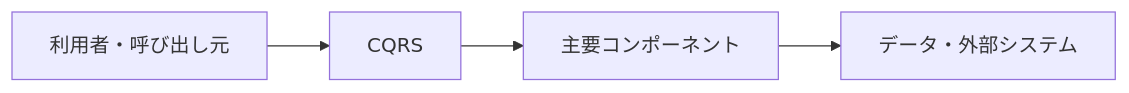
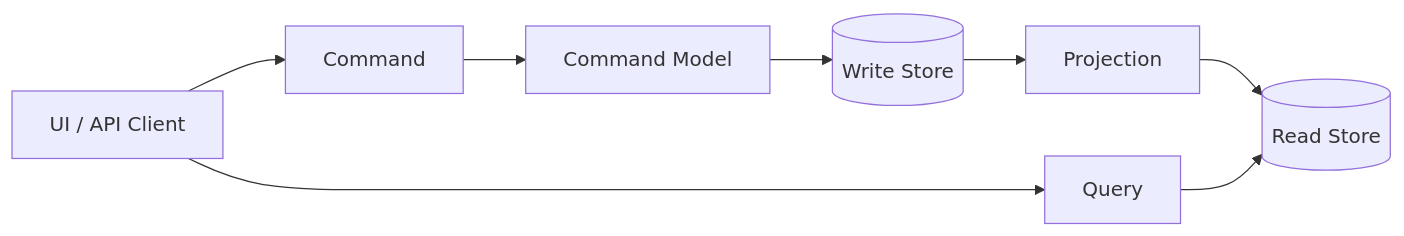
Before and after one commit to t-shirayama/architecture-notes: the diagram in docs/データ・更新モデル系/CQRS.md, drawn with Mermaid. The commit also changed other lines of this file and 3 other files, not shown here.

Commit message:
docs: expand data architecture notes

````diff
--- a/docs/データ・更新モデル系/CQRS.md
+++ b/docs/データ・更新モデル系/CQRS.md
@@ -24,6 +27,12 @@
 ```mermaid
 flowchart LR
-    A[利用者・呼び出し元] --> B[CQRS]
-    B --> C[主要コンポーネント]
-    C --> D[データ・外部システム]
+    UI[UI / API Client] --> Command[Command]
+    Command --> WriteModel[Command Model]
+    WriteModel --> WriteDB[(Write Store)]
+
+    WriteDB --> Projection[Projection]
+    Projection --> ReadDB[(Read Store)]
+
+    UI --> Query[Query]
+    Query --> ReadDB
 ```
````
